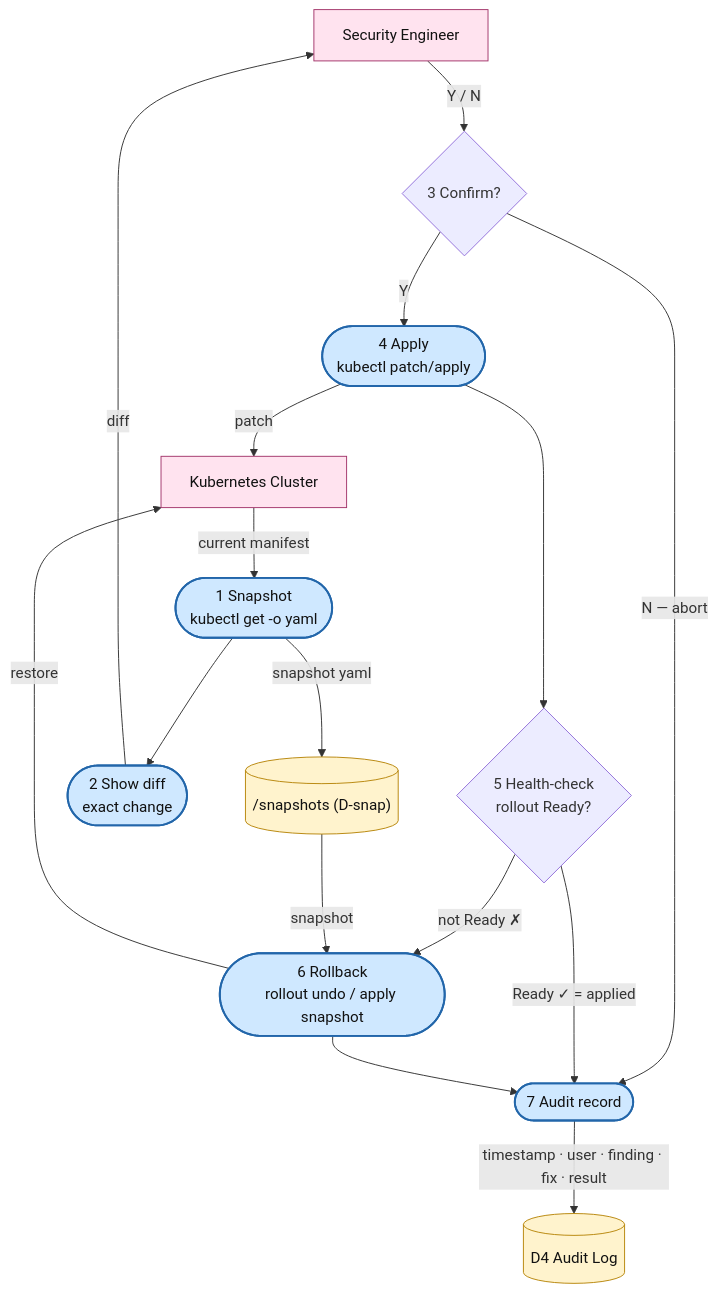
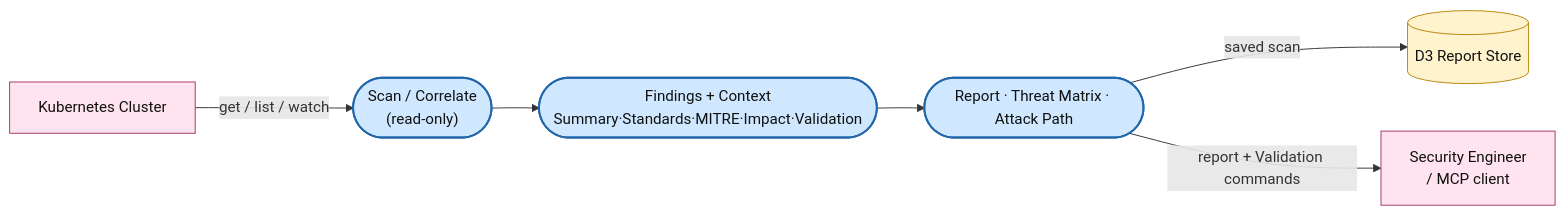
Before and after one commit to rohitsoni1209/K8sMatrixWarden: the seventh of 7 diagrams in K8sMatrixWarden v1.0 - MITRE-Aligned Architecture.md, drawn with Mermaid. The commit also changed other lines of this file and 126 other files, not shown here.

````diff
--- a/K8sMatrixWarden v1.0 - MITRE-Aligned Architecture.md
+++ b/K8sMatrixWarden v1.0 - MITRE-Aligned Architecture.md
@@ -967,35 +971,20 @@
 ```mermaid
-flowchart TB
-    SE["Security Engineer"]:::ext
+flowchart LR
+    SE["Security Engineer<br/>/ MCP client"]:::ext
     K8S["Kubernetes Cluster"]:::ext
-    DS[("/snapshots (D-snap)")]:::store
-    D4[("D4 Audit Log")]:::store
+    D3[("D3 Report Store")]:::store
 
-    F1(["1 Snapshot<br/>kubectl get -o yaml"]):::proc
-    F2(["2 Show diff<br/>exact change"]):::proc
-    F3{"3 Confirm?"}
-    F4(["4 Apply<br/>kubectl patch/apply"]):::proc
-    F5{"5 Health-check<br/>rollout Ready?"}
-    F6(["6 Rollback<br/>rollout undo / apply snapshot"]):::proc
-    F7(["7 Audit record"]):::proc
+    R1(["Scan / Correlate<br/>(read-only)"]):::proc
+    R2(["Findings + Context<br/>Summary·Standards·MITRE·Impact·Validation"]):::proc
+    R3(["Report · Threat Matrix · Attack Path"]):::proc
 
-    K8S -->|"current manifest"| F1
-    F1 -->|"snapshot yaml"| DS
-    F1 --> F2
-    F2 -->|"diff"| SE
-    SE -->|"Y / N"| F3
-    F3 -->|"N — abort"| F7
-    F3 -->|"Y"| F4
-    F4 -->|"patch"| K8S
-    F4 --> F5
-    F5 -->|"Ready ✓ = applied"| F7
-    F5 -->|"not Ready ✗"| F6
-    DS -->|"snapshot"| F6
-    F6 -->|"restore"| K8S
-    F6 --> F7
-    F7 -->|"timestamp · user · finding · fix · result"| D4
+    K8S -->|"get / list / watch"| R1
+    R1 --> R2
+    R2 --> R3
+    R3 -->|"saved scan"| D3
+    R3 -->|"report + Validation commands"| SE
 
     classDef ext fill:#ffe3ef,stroke:#a3366b,stroke-width:1px,color:#111
     classDef proc fill:#cfe8ff,stroke:#2266aa,stroke-width:2px,color:#111
     classDef store fill:#fff3cd,stroke:#b8860b,stroke-width:1px,color:#111
 ```
````
